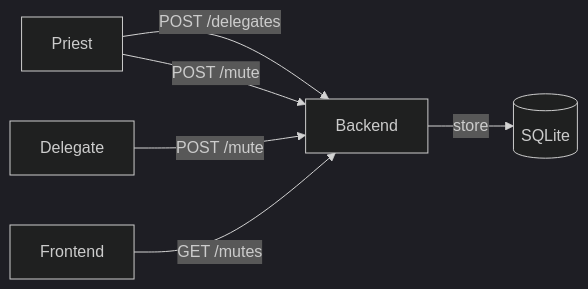
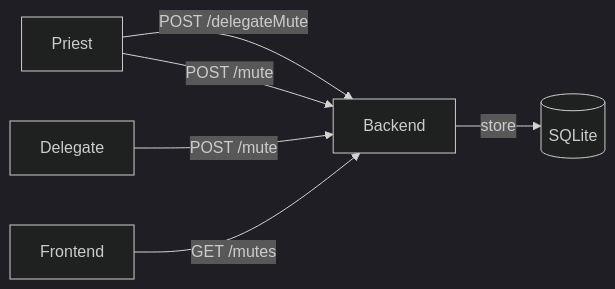
The fifth of 11 diagrams in CORE_FLOW_DOCS.MD (templ-fun/templ-evm-protocol), drawn with Mermaid (dark theme) before and after one commit. The commit also changed other lines of this file and 27 other files, not shown here.

````diff
--- a/CORE_FLOW_DOCS.MD
+++ b/CORE_FLOW_DOCS.MD
@@ -76,8 +76,8 @@
 ```mermaid
 flowchart LR
-    P[Priest] -->|POST /delegates| B[Backend]
+    P[Priest] -->|POST /delegateMute| B[Backend]
     P -->|POST /mute| B
     M[Delegate] -->|POST /mute| B
     F[Frontend] -->|GET /mutes| B
     B -->|store| D[(SQLite)]
 ```
````
